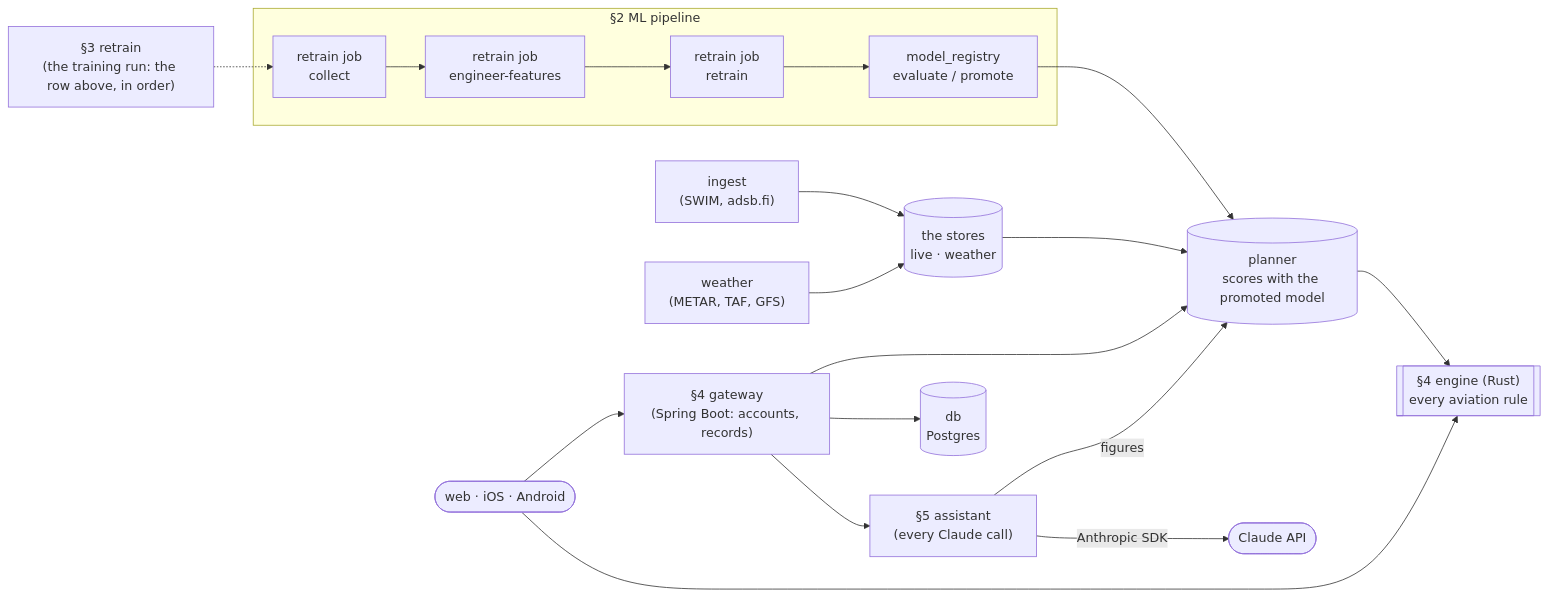
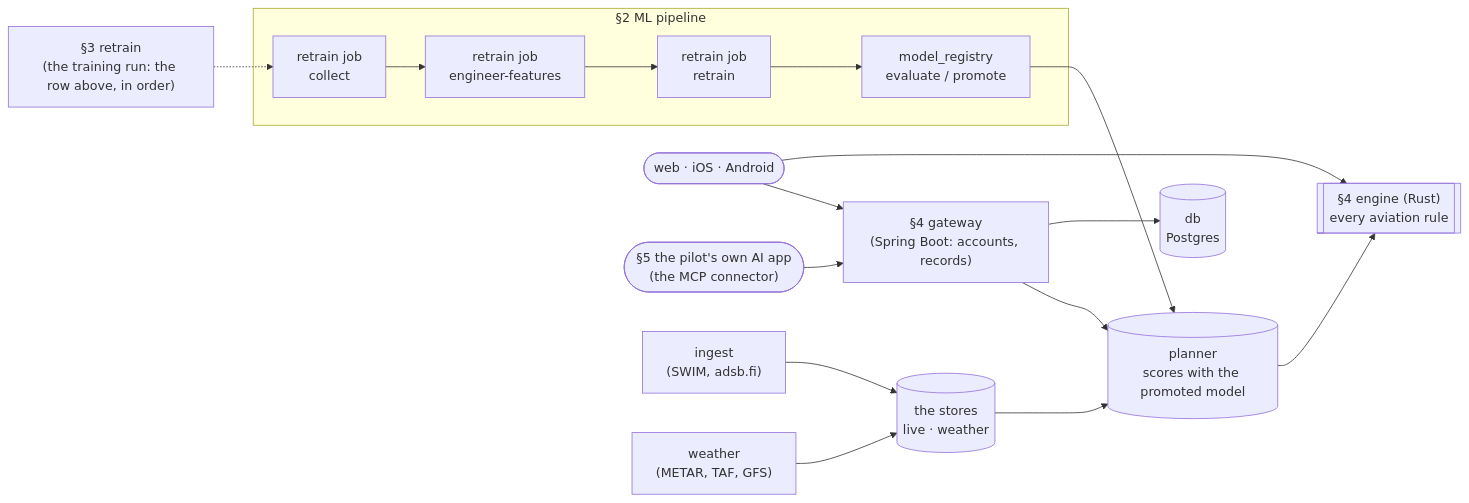
One commit to asdaq-samir/wingtip changed the first of 3 diagrams in docs/LEARNING-GUIDE.md. Above: the diagram before and after it, drawn with Mermaid. The commit also changed other lines of this file and 37 other files, not shown here.

````diff
--- a/docs/LEARNING-GUIDE.md
+++ b/docs/LEARNING-GUIDE.md
@@ -43,25 +42,23 @@
 ```mermaid
 flowchart LR
     subgraph pipeline["§2 ML pipeline"]
         collect[retrain job<br/>collect] --> engineer[retrain job<br/>engineer-features]
         engineer --> retrain[retrain job<br/>retrain]
         retrain --> registry[model_registry<br/>evaluate / promote]
     end
     run["§3 retrain<br/>(the training run: the row above, in order)"] -.-> collect
 
     registry --> planner[("planner<br/>scores with the promoted model")]
 
     gateway["§4 gateway<br/>(Spring Boot: accounts, records)"] --> planner
     gateway --> db[("db<br/>Postgres")]
     planner --> engine[["§4 engine (Rust)<br/>every aviation rule"]]
     apps([web · iOS · Android]) --> gateway
     apps --> engine
 
-    gateway --> assistant["§5 assistant<br/>(every Claude call)"]
-    assistant -->|figures| planner
-    assistant -->|"Anthropic SDK"| claude([Claude API])
+    aiapp(["§5 the pilot's own AI app<br/>(the MCP connector)"]) --> gateway
     ingest["ingest<br/>(SWIM, adsb.fi)"] --> stores[("the stores<br/>live · weather")]
     weatherSvc["weather<br/>(METAR, TAF, GFS)"] --> stores
     stores --> planner
 
 ```
````
